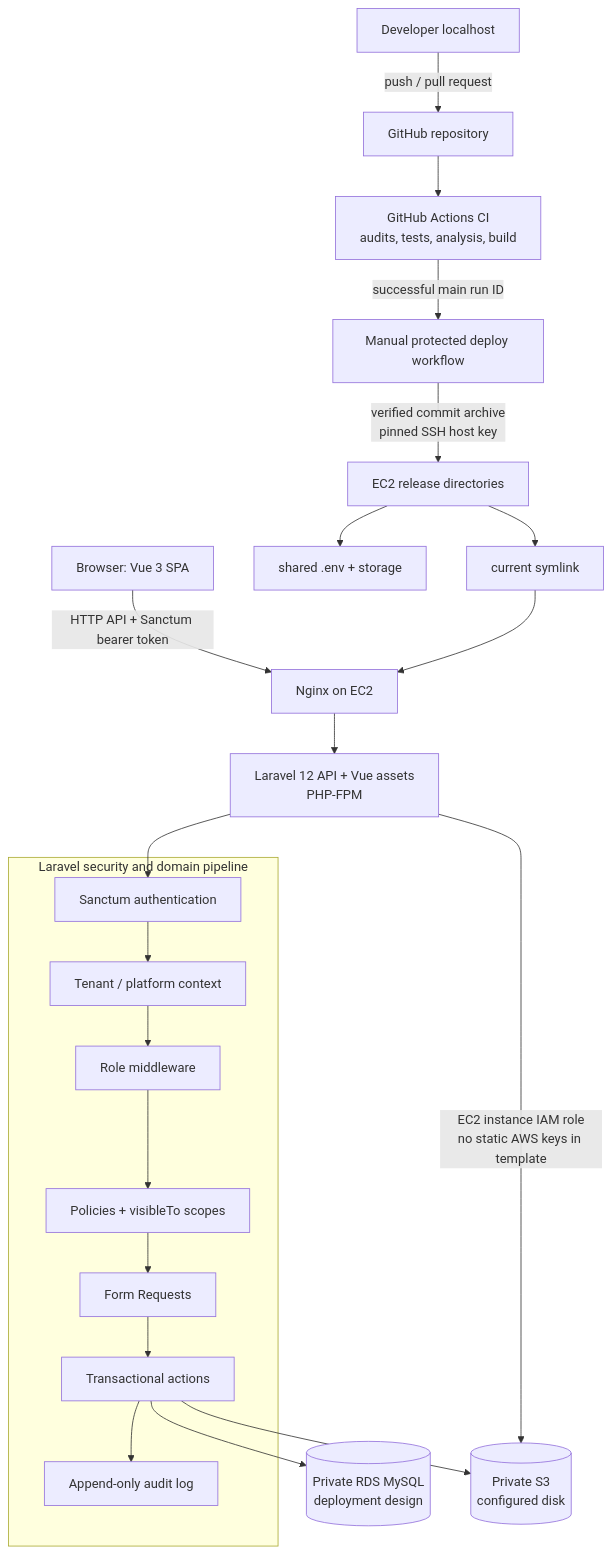
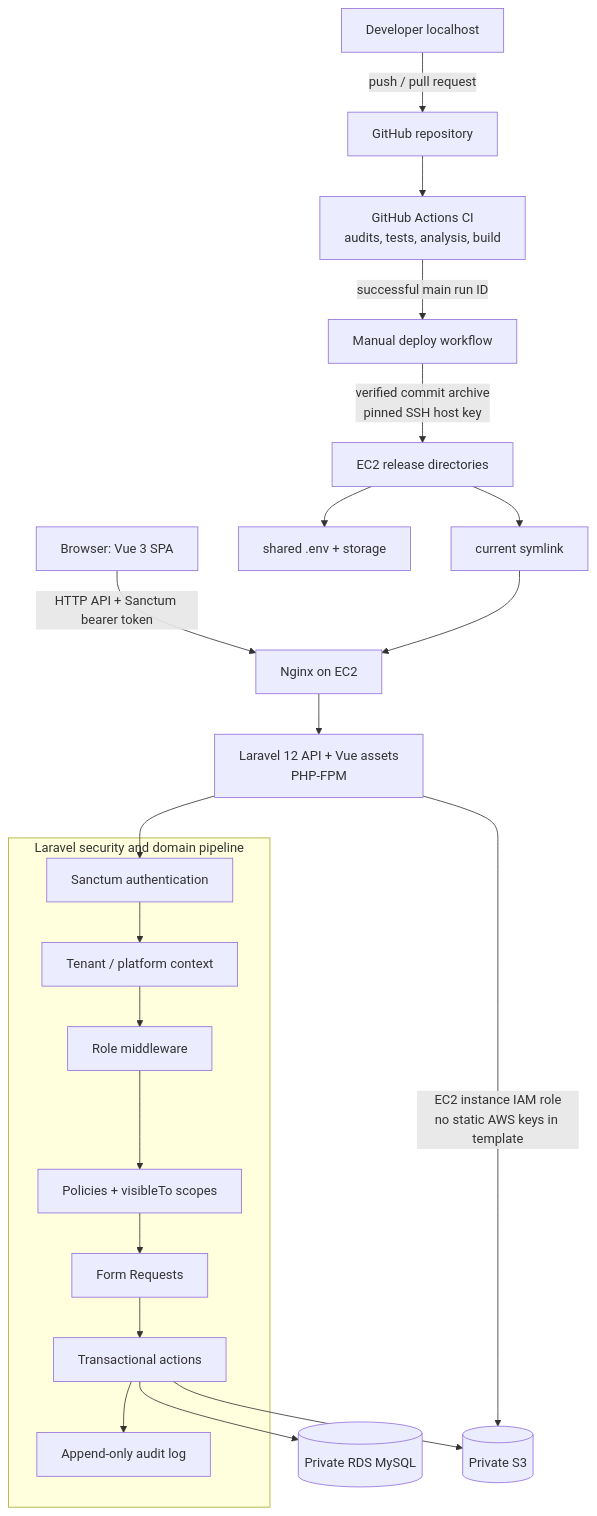
The diagram in docs/ARCHITECTURE_DIAGRAM.md (BBJ020/schooltry-assessment), drawn with Mermaid before and after one commit. The commit also changed other lines of this file and 5 other files, not shown here.

````diff
--- a/docs/ARCHITECTURE_DIAGRAM.md
+++ b/docs/ARCHITECTURE_DIAGRAM.md
@@ -5,29 +5,29 @@
 ```mermaid
 flowchart TB
     Browser[Browser: Vue 3 SPA] -->|HTTP API + Sanctum bearer token| Nginx[Nginx on EC2]
     Nginx --> App[Laravel 12 API + Vue assets<br/>PHP-FPM]
 
     subgraph Laravel[Laravel security and domain pipeline]
         Sanctum[Sanctum authentication]
         Context[Tenant / platform context]
         Role[Role middleware]
         Policies[Policies + visibleTo scopes]
         Requests[Form Requests]
         Actions[Transactional actions]
         Audit[Append-only audit log]
         Sanctum --> Context --> Role --> Policies --> Requests --> Actions --> Audit
     end
 
     App --> Sanctum
-    Actions --> RDS[(Private RDS MySQL<br/>deployment design)]
-    Actions --> S3[(Private S3<br/>configured disk)]
+    Actions --> RDS[(Private RDS MySQL)]
+    Actions --> S3[(Private S3)]
     App -->|EC2 instance IAM role<br/>no static AWS keys in template| S3
 
     Dev[Developer localhost] -->|push / pull request| GitHub[GitHub repository]
     GitHub --> CI[GitHub Actions CI<br/>audits, tests, analysis, build]
-    CI -->|successful main run ID| Deploy[Manual protected deploy workflow]
+    CI -->|successful main run ID| Deploy[Manual deploy workflow]
     Deploy -->|verified commit archive<br/>pinned SSH host key| Releases[EC2 release directories]
     Releases --> Shared[shared .env + storage]
     Releases --> Current[current symlink]
     Current --> Nginx
 ```
````
